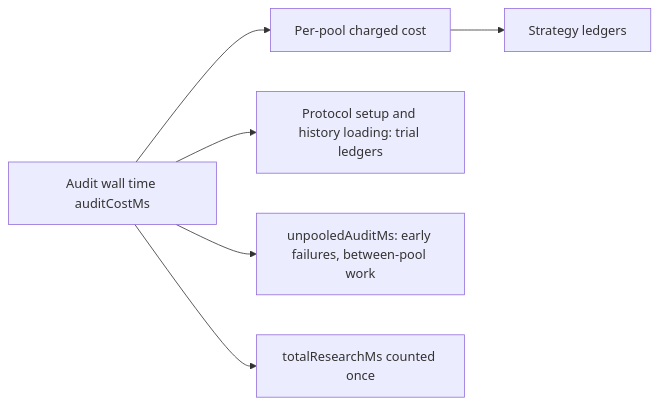
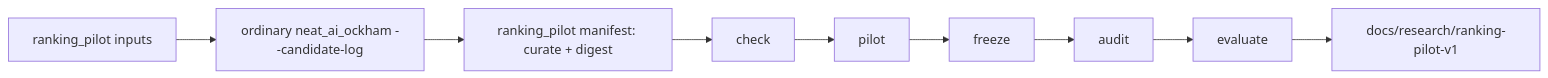
The diagram in docs/archive/pr-summaries/pr-summary-261.md (stSoftwareAU/NEAT-AI-Ockham), drawn with Mermaid before and after one commit. The commit also changed other lines of this file, not shown here.

First line of the commit message:
Update PR summary for the synthetic ranking-v1 pilot (Issue #261)

````diff
--- a/docs/archive/pr-summaries/pr-summary-261.md
+++ b/docs/archive/pr-summaries/pr-summary-261.md
@@ -51,8 +82,7 @@
 ```mermaid
 flowchart LR
-    A[Audit wall time auditCostMs] --> P[Per-pool charged cost]
-    A --> L[Protocol setup and history loading: trial ledgers]
-    A --> U[unpooledAuditMs: early failures, between-pool work]
-    P --> S[Strategy ledgers]
-    A --> T[totalResearchMs counted once]
+    G[ranking_pilot inputs] --> O[ordinary neat_ai_ockham --candidate-log]
+    O --> M[ranking_pilot manifest: curate + digest]
+    M --> C[check] --> P[pilot] --> F[freeze] --> A[audit] --> E[evaluate]
+    E --> R[docs/research/ranking-pilot-v1]
 ```
````
